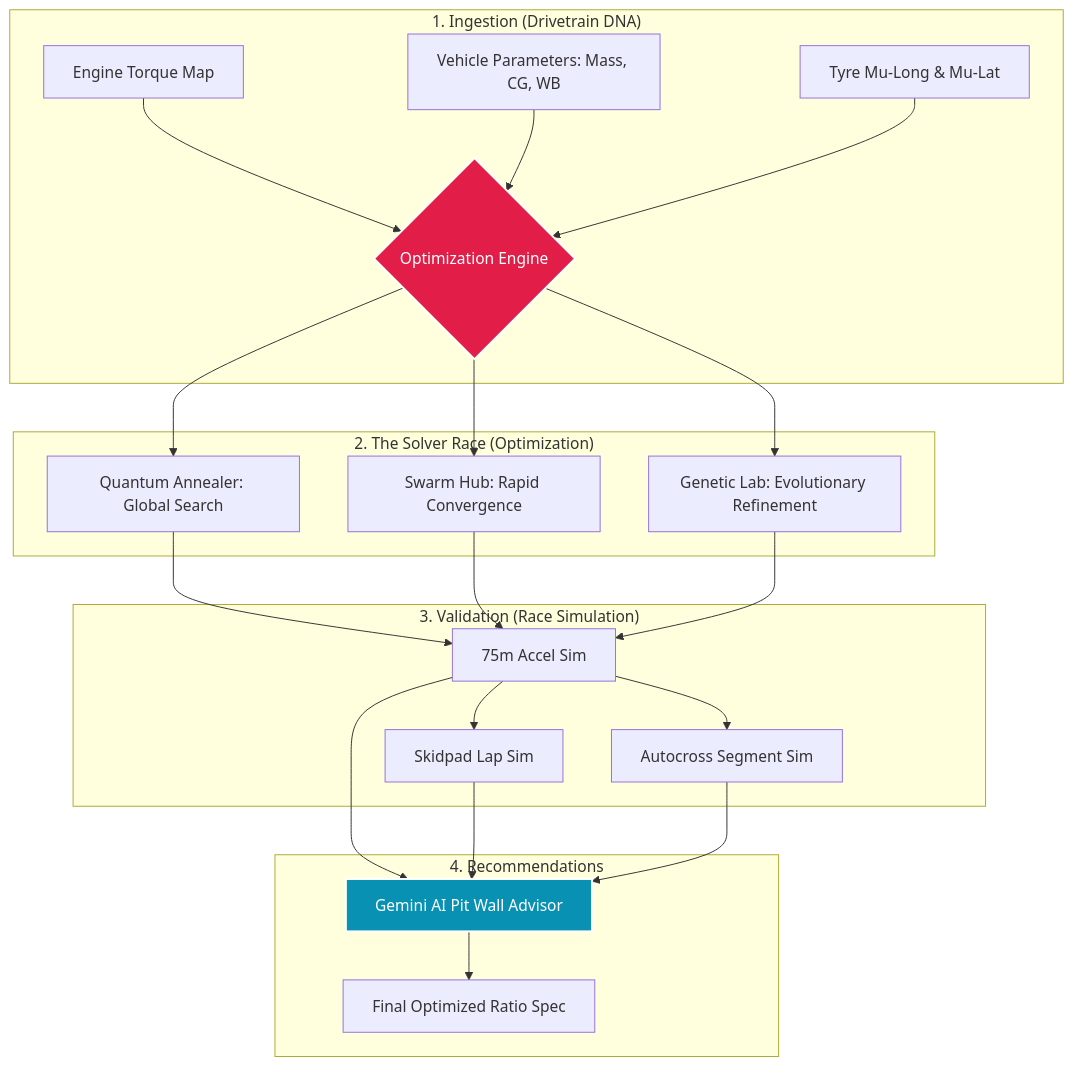
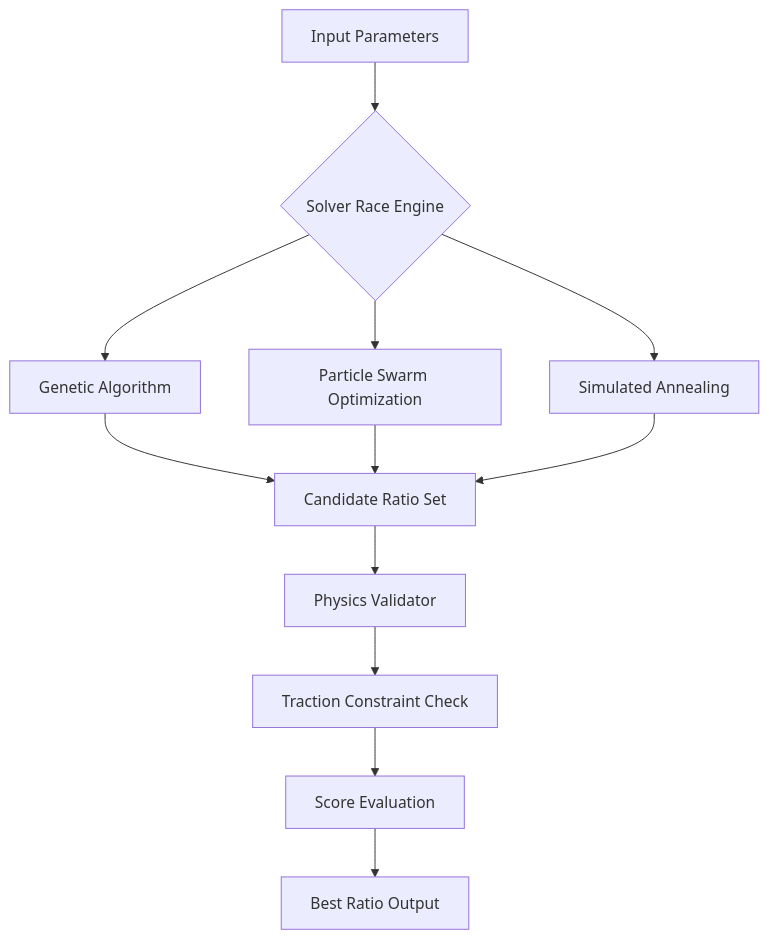
Before and after one commit to Punyamittal/gear-lab-pro: the second of 5 diagrams in README.md, drawn with Mermaid. The commit also changed other lines of this file, not shown here.

````diff
--- a/README.md
+++ b/README.md
@@ -47,29 +51,18 @@
 ```mermaid
 graph TD
-    subgraph "1. Ingestion (Drivetrain DNA)"
-        A1[Engine Torque Map] --> B
-        A2[Vehicle Parameters: Mass, CG, WB] --> B
-        A3[Tyre Mu-Long & Mu-Lat] --> B
-    end
 
-    subgraph "2. The Solver Race (Optimization)"
-        B{Optimization Engine}
-        B --> C1[Quantum Annealer: Global Search]
-        B --> C2[Swarm Hub: Rapid Convergence]
-        B --> C3[Genetic Lab: Evolutionary Refinement]
-    end
+A[Input Parameters] --> B{Solver Race Engine}
 
-    subgraph "3. Validation (Race Simulation)"
-        C1 & C2 & C3 --> D[75m Accel Sim]
-        D --> E[Skidpad Lap Sim]
-        D --> F[Autocross Segment Sim]
-    end
+B --> C1[Genetic Algorithm]
+B --> C2[Particle Swarm Optimization]
+B --> C3[Simulated Annealing]
 
-    subgraph "4. Recommendations"
-    D & E & F --> G[Gemini AI Pit Wall Advisor]
-    G --> H[Final Optimized Ratio Spec]
-    end
+C1 --> D[Candidate Ratio Set]
+C2 --> D
+C3 --> D
 
-    style B fill:#e11d48,stroke:#fff,stroke-width:2px,color:#fff
-    style G fill:#0891b2,stroke:#fff,stroke-width:2px,color:#fff
+D --> E[Physics Validator]
+E --> F[Traction Constraint Check]
+F --> G[Score Evaluation]
+G --> H[Best Ratio Output]
 ```
````
